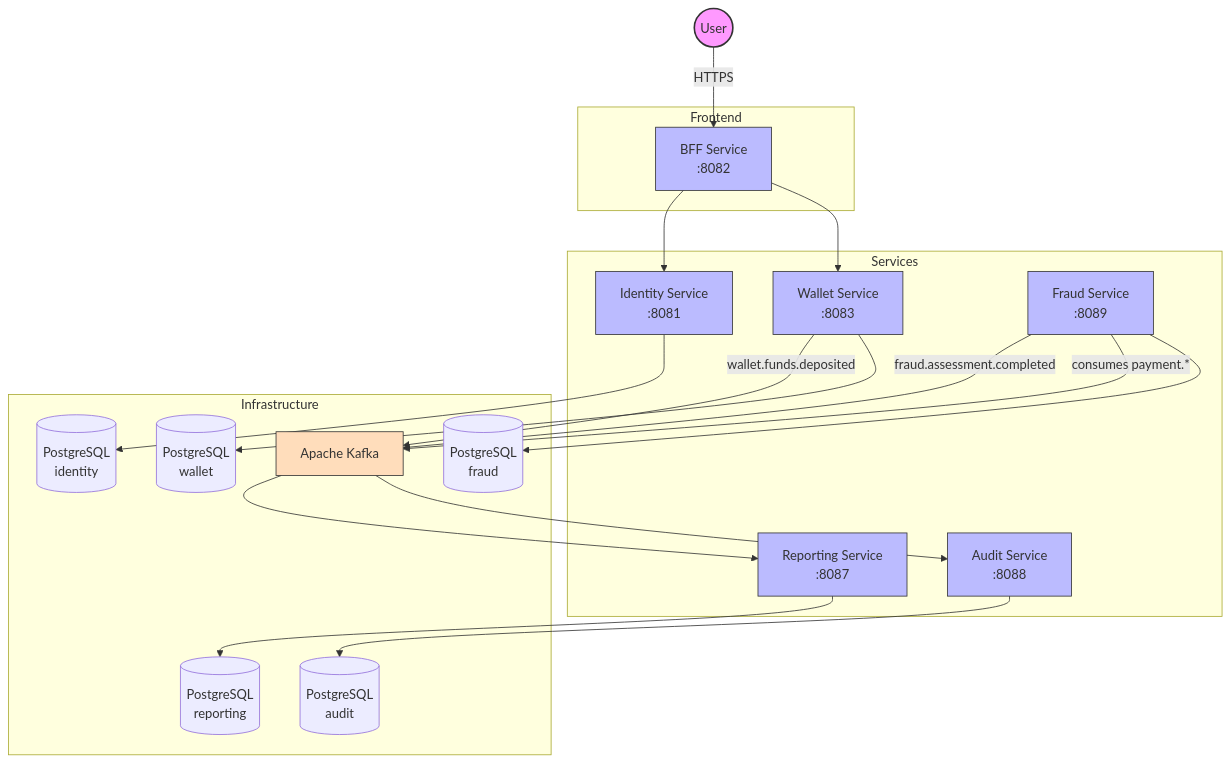
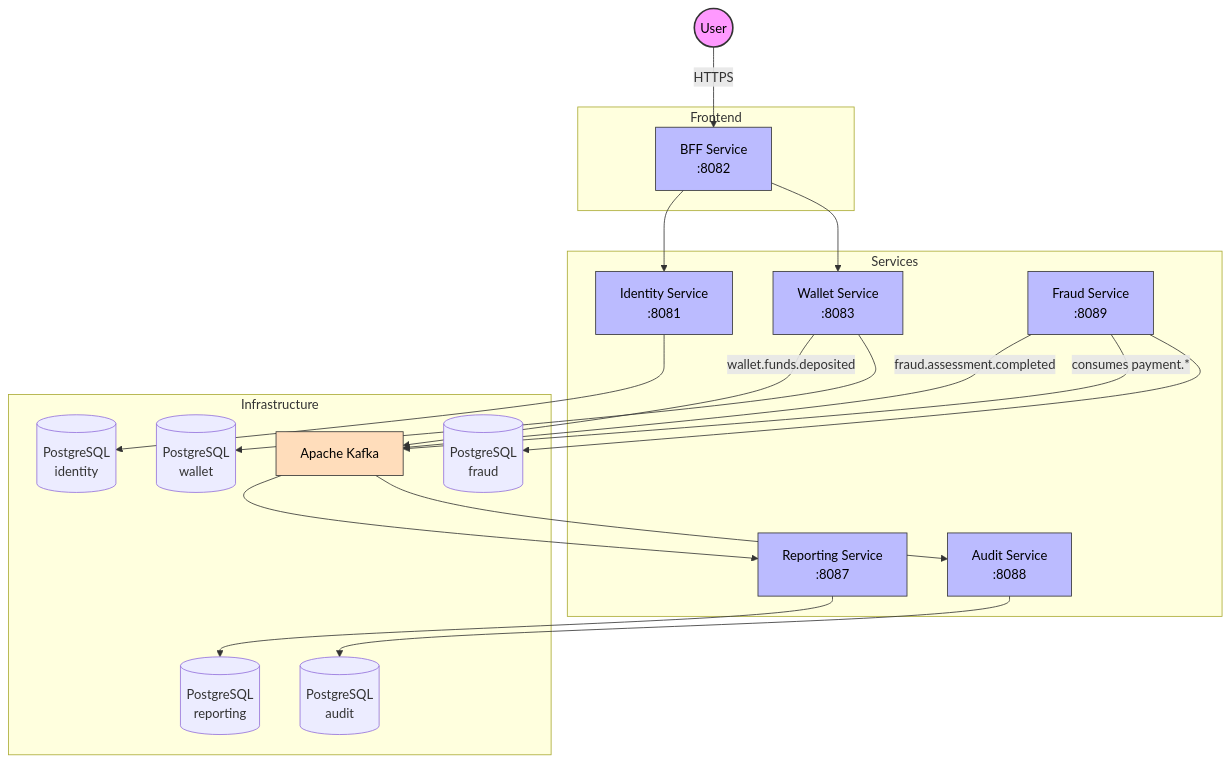
One commit to AlexAlvarezGallardo-GitHub/Aegis changed the first of 3 diagrams in docs/obsidian/00 - Overview/Aegis Platform.md. Above: the diagram before and after it, drawn with Mermaid. The commit also changed other lines of this file and 26 other files, not shown here.

Commit message:
docs(infra): add color to mermaid nodes for dark mode readability

````diff
--- a/docs/obsidian/00 - Overview/Aegis Platform.md
+++ b/docs/obsidian/00 - Overview/Aegis Platform.md
@@ -11,42 +11,42 @@
 ```mermaid
 graph TB
     subgraph Frontend
         BFF["BFF Service<br/>:8082"]
     end
     subgraph Services
         Identity["Identity Service<br/>:8081"]
         Wallet["Wallet Service<br/>:8083"]
         Fraud["Fraud Service<br/>:8089"]
         Report["Reporting Service<br/>:8087"]
         Audit["Audit Service<br/>:8088"]
     end
     subgraph Infrastructure
         Kafka["Apache Kafka"]
         PG1[("PostgreSQL<br/>identity")]
         PG2[("PostgreSQL<br/>wallet")]
         PG3[("PostgreSQL<br/>reporting")]
         PG4[("PostgreSQL<br/>audit")]
         PG5[("PostgreSQL<br/>fraud")]
     end
     User((User)) -->|HTTPS| BFF
     BFF --> Identity
     BFF --> Wallet
     Wallet -->|wallet.funds.deposited| Kafka
     Fraud -->|fraud.assessment.completed| Kafka
     Fraud -->|consumes payment.*| Kafka
     Kafka --> Report
     Kafka --> Audit
     Identity --> PG1
     Wallet --> PG2
     Report --> PG3
     Audit --> PG4
     Fraud --> PG5
-    style User fill:#f9f,stroke:#333,stroke-width:2px
-    style BFF fill:#bbf,stroke:#333
-    style Identity fill:#bbf,stroke:#333
-    style Wallet fill:#bbf,stroke:#333
-    style Report fill:#bbf,stroke:#333
-    style Audit fill:#bbf,stroke:#333
-    style Fraud fill:#bbf,stroke:#333
-    style Kafka fill:#fdb,stroke:#333
+    style User fill:#f9f,stroke:#333,stroke-width:2px,color:#000
+    style BFF fill:#bbf,stroke:#333,color:#000
+    style Identity fill:#bbf,stroke:#333,color:#000
+    style Wallet fill:#bbf,stroke:#333,color:#000
+    style Report fill:#bbf,stroke:#333,color:#000
+    style Audit fill:#bbf,stroke:#333,color:#000
+    style Fraud fill:#bbf,stroke:#333,color:#000
+    style Kafka fill:#fdb,stroke:#333,color:#000
 ```
````
